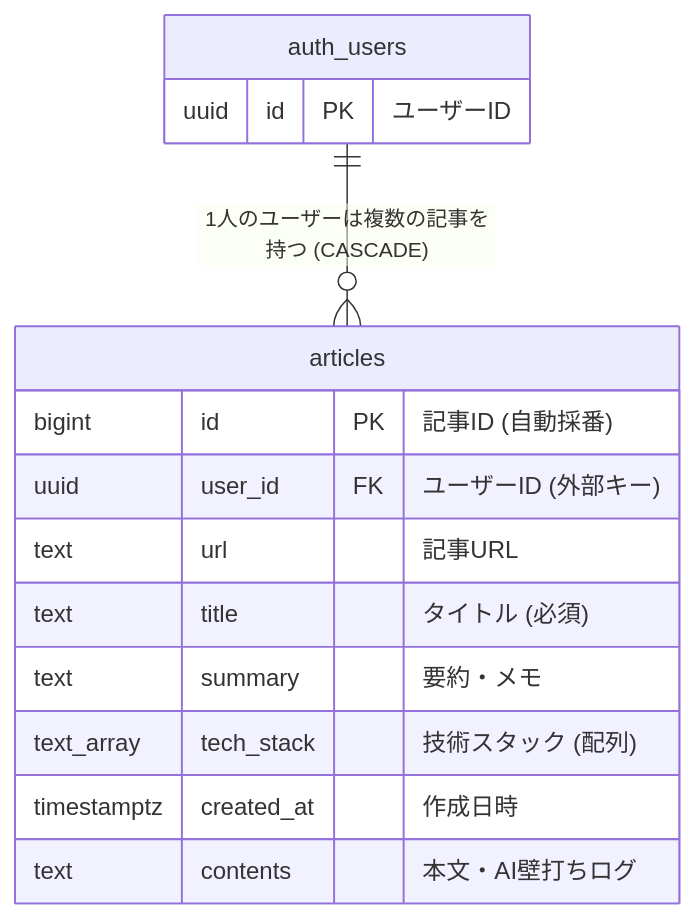
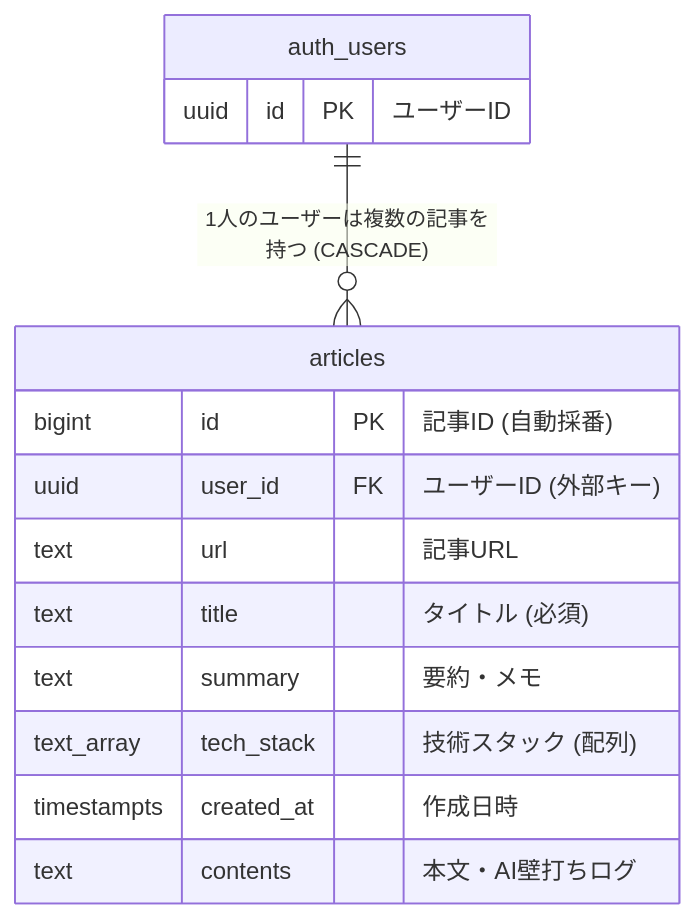
One commit to yun-0312/dev-note changed the diagram in README.md. Above: the diagram before and after it, drawn with Mermaid.

Commit message:
ReadMe修正

````diff
--- a/README.md
+++ b/README.md
@@ -76,21 +76,21 @@
 ```mermaid
 erDiagram
 
     auth_users {
         uuid id PK "ユーザーID"
     }
 
     articles {
         bigint id PK "記事ID (自動採番)"
         uuid user_id FK "ユーザーID (外部キー)"
         text url "記事URL"
         text title "タイトル (必須)"
         text summary "要約・メモ"
         text_array tech_stack "技術スタック (配列)"
-        timestamptz created_at "作成日時"
+        timestampts created_at "作成日時"
         text contents "本文・AI壁打ちログ"
     }
 
     %% リレーション定義
     auth_users ||--o{ articles : "1人のユーザーは複数の記事を持つ (CASCADE)"
 ```
````
